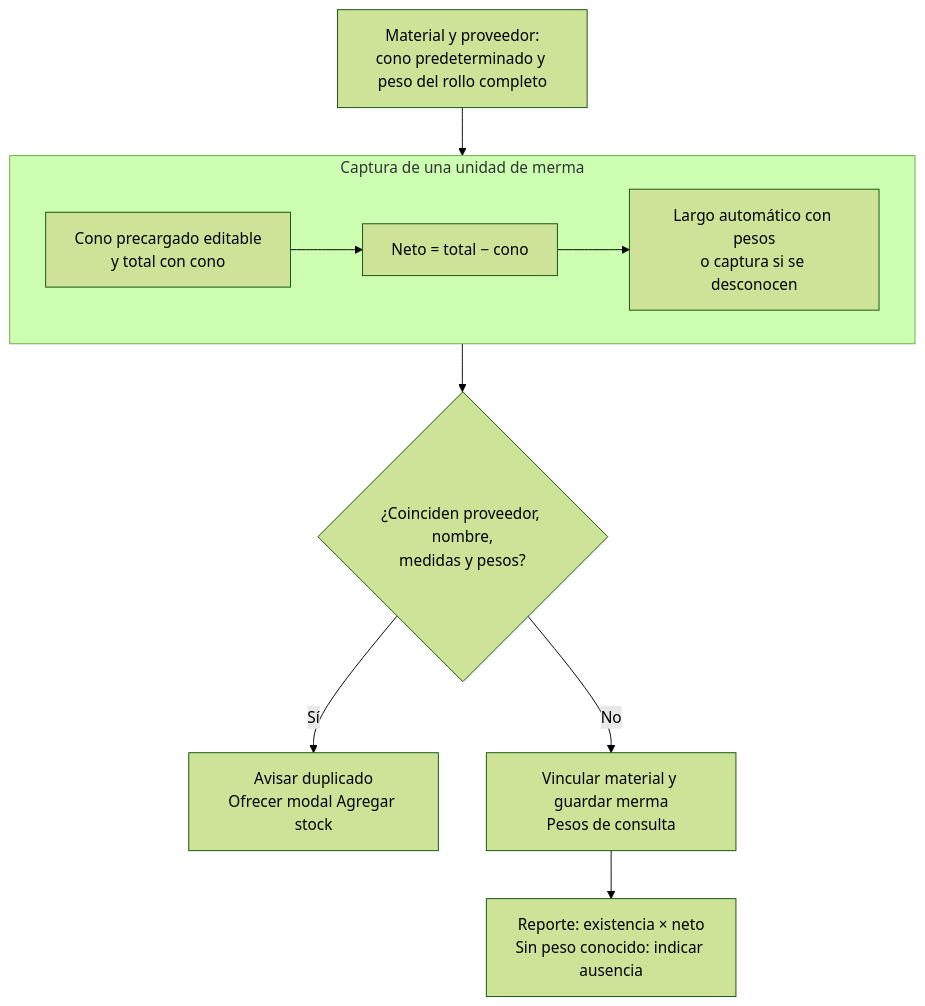
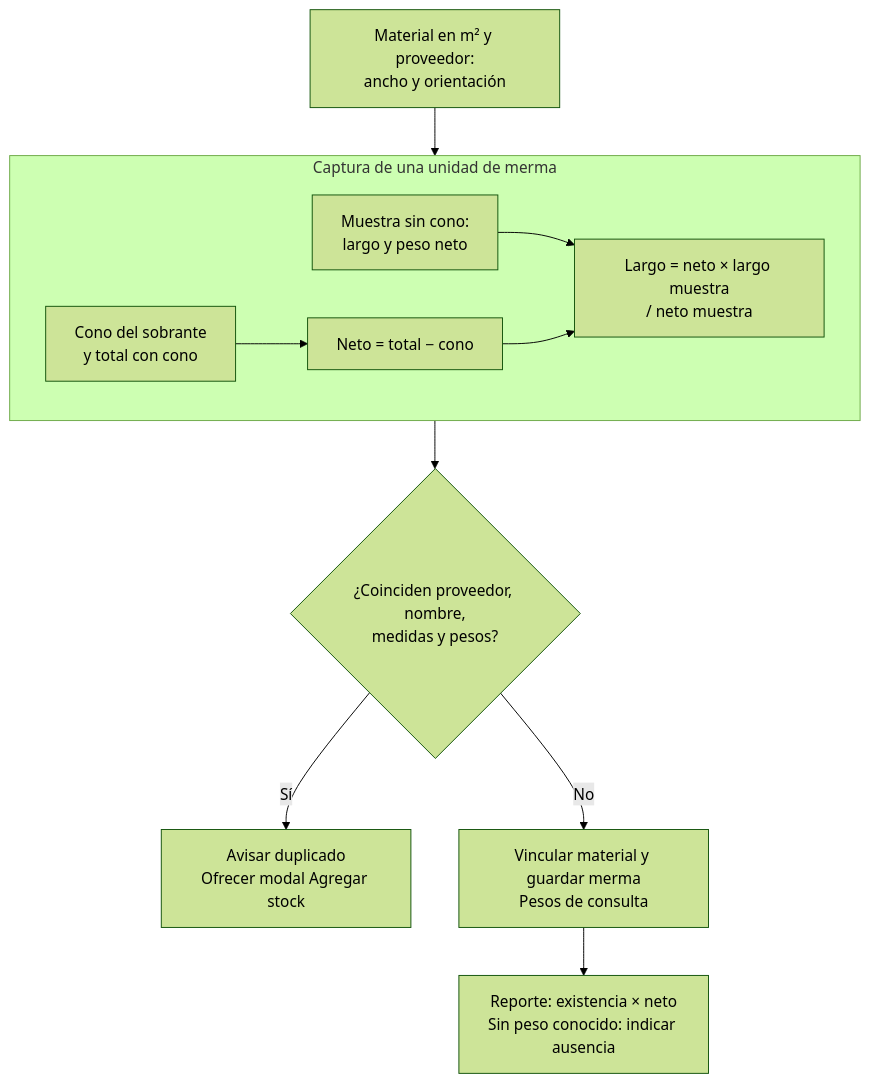
Before and after one commit to gpgsistemas01/nexus: the diagram in docs/requirements/requirements-specification/04-unified-catalog-by-scope/04-queries-reports-and-modeled-functions.md, drawn with Mermaid (forest theme). The commit also changed other lines of this file and 79 other files, not shown here.

````diff
--- a/docs/requirements/requirements-specification/04-unified-catalog-by-scope/04-queries-reports-and-modeled-functions.md
+++ b/docs/requirements/requirements-specification/04-unified-catalog-by-scope/04-queries-reports-and-modeled-functions.md
@@ -71,13 +68,14 @@
 ```mermaid
 flowchart TB
-    Oferta["Material y proveedor:<br/>cono predeterminado y peso del rollo completo"] --> Pesos
+    Origen["Material en m² y proveedor:<br/>ancho y orientación"] --> Pesos
     subgraph Pesos["Captura de una unidad de merma"]
         direction LR
-        Captura["Cono precargado editable<br/>y total con cono"] --> Neto["Neto = total − cono"]
-        Neto --> Largo["Largo automático con pesos<br/>o captura si se desconocen"]
+        Captura["Cono del sobrante<br/>y total con cono"] --> Neto["Neto = total − cono"]
+        Muestra["Muestra sin cono:<br/>largo y peso neto"] --> Largo
+        Neto --> Largo["Largo = neto × largo muestra<br/>/ neto muestra"]
     end
     Pesos --> Identidad{"¿Coinciden proveedor, nombre,<br/>medidas y pesos?"}
     Identidad -->|Sí| Stock["Avisar duplicado<br/>Ofrecer modal Agregar stock"]
     Identidad -->|No| Guardar["Vincular material y guardar merma<br/>Pesos de consulta"]
     Guardar --> Reporte["Reporte: existencia × neto<br/>Sin peso conocido: indicar ausencia"]
 ```
````
